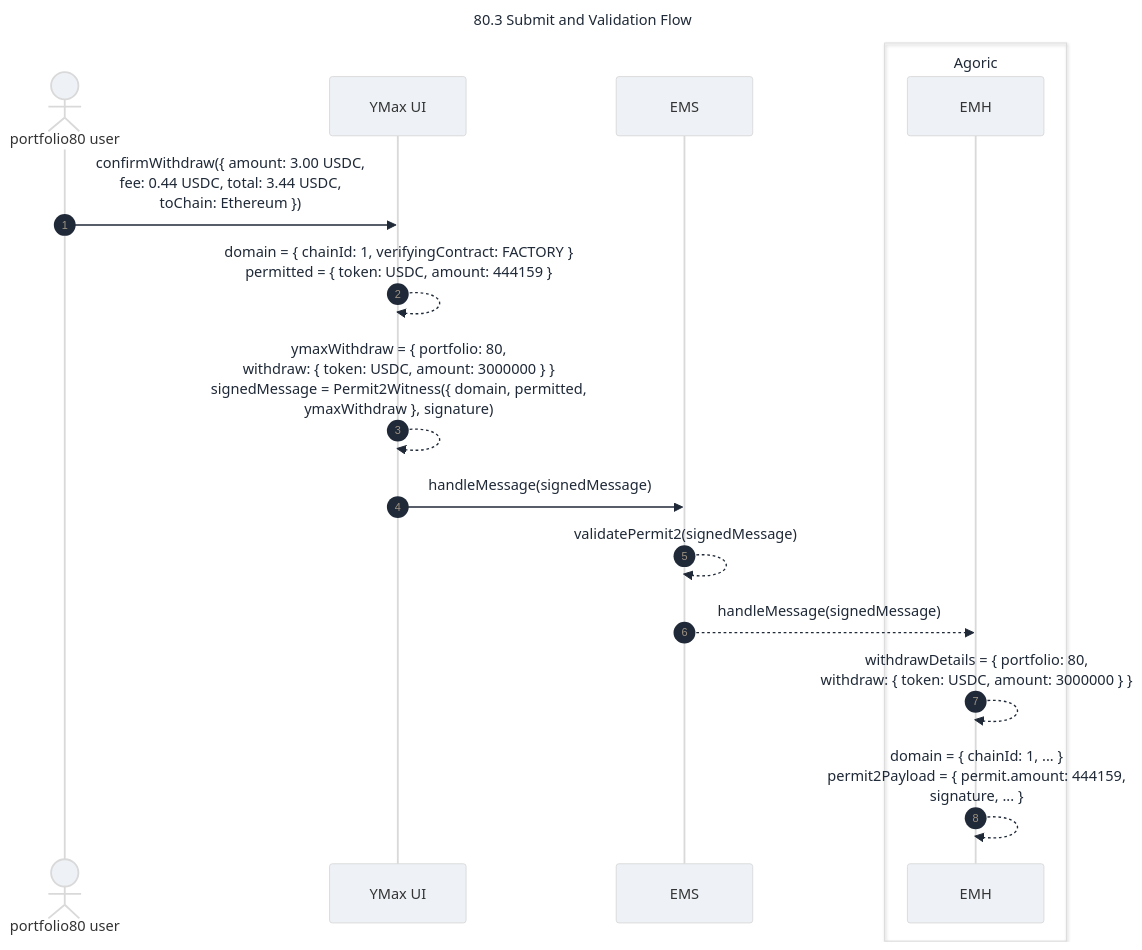
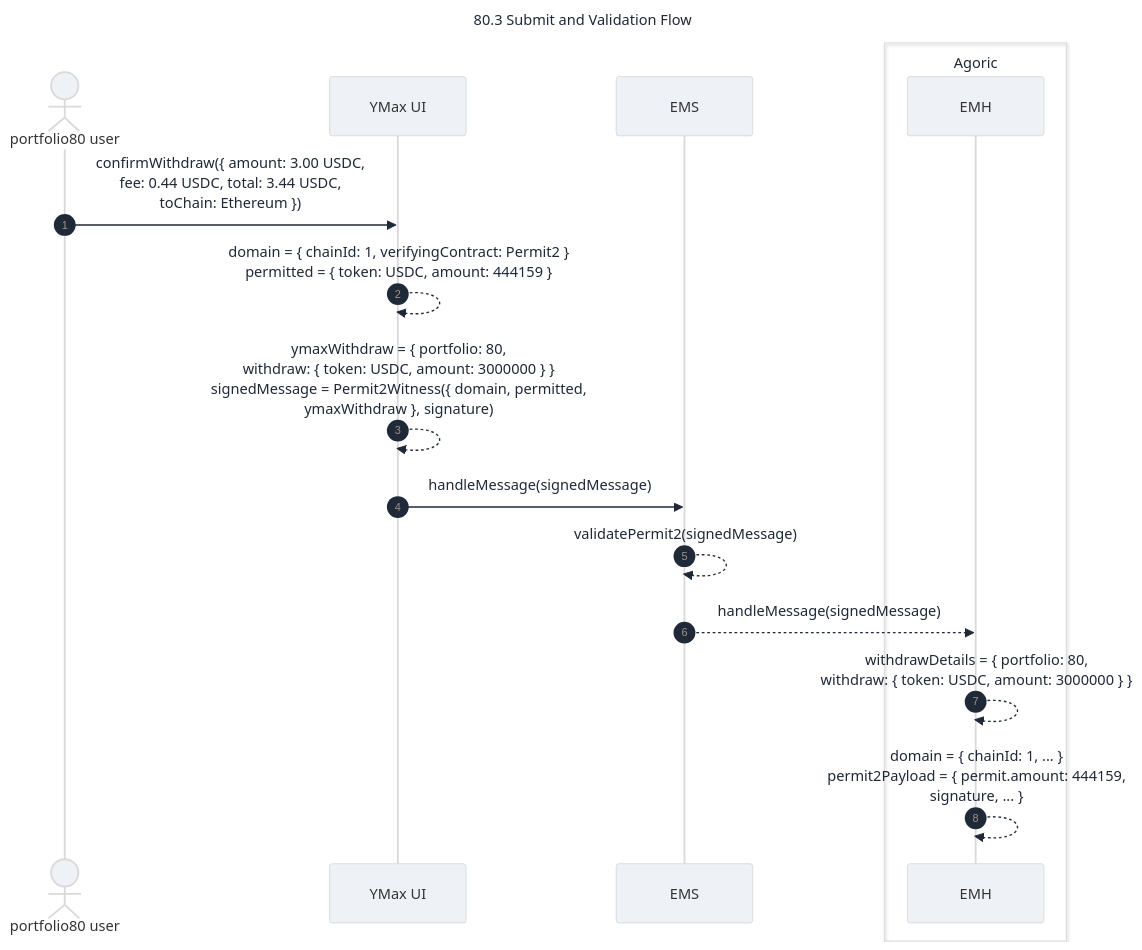
The second of 4 diagrams in packages/portfolio-contract/docs-design/user-fees.md (Agoric/agoric-sdk), drawn with Mermaid before and after one commit. The commit also changed other lines of this file, not shown here.

Commit message:
docs(user-fees): fix flow prose

````diff
--- a/packages/portfolio-contract/docs-design/user-fees.md
+++ b/packages/portfolio-contract/docs-design/user-fees.md
@@ -181,22 +170,22 @@
 ```mermaid
 %%{init: {'theme': 'base', 'themeVariables': {'background': '#f3f4f6', 'primaryColor': '#eef2f7', 'secondaryColor': '#e9eef5', 'tertiaryColor': '#f6f8fb', 'lineColor': '#5f6b7a', 'textColor': '#1f2937'}, 'themeCSS': '.sequenceNumber { font-size: 14px !important; font-weight: 600; }'}}%%
 sequenceDiagram
     title 80.3 Submit and Validation Flow
     autonumber
 
     actor user as portfolio80 user
     participant ui as YMax UI
     participant ems as EMS
     box Agoric
     participant emh as EMH
     end
 
     user->>ui: confirmWithdraw({ amount: 3.00 USDC,<br/>fee: 0.44 USDC, total: 3.44 USDC,<br/>toChain: Ethereum })
-    ui-->>ui: domain = { chainId: 1, verifyingContract: FACTORY }<br/>permitted = { token: USDC, amount: 444159 }
+    ui-->>ui: domain = { chainId: 1, verifyingContract: Permit2 }<br/>permitted = { token: USDC, amount: 444159 }
     ui-->>ui: ymaxWithdraw = { portfolio: 80,<br/>withdraw: { token: USDC, amount: 3000000 } }<br/>signedMessage = Permit2Witness({ domain, permitted,<br/>ymaxWithdraw }, signature)
     ui->>ems: handleMessage(signedMessage)
     ems-->>ems: validatePermit2(signedMessage)
     ems-->>emh: handleMessage(signedMessage)
     emh-->>emh: withdrawDetails = { portfolio: 80,<br/>withdraw: { token: USDC, amount: 3000000 } }
     emh-->>emh: domain = { chainId: 1, ... }<br/>permit2Payload = { permit.amount: 444159,<br/>signature, ... }
 ```
````
